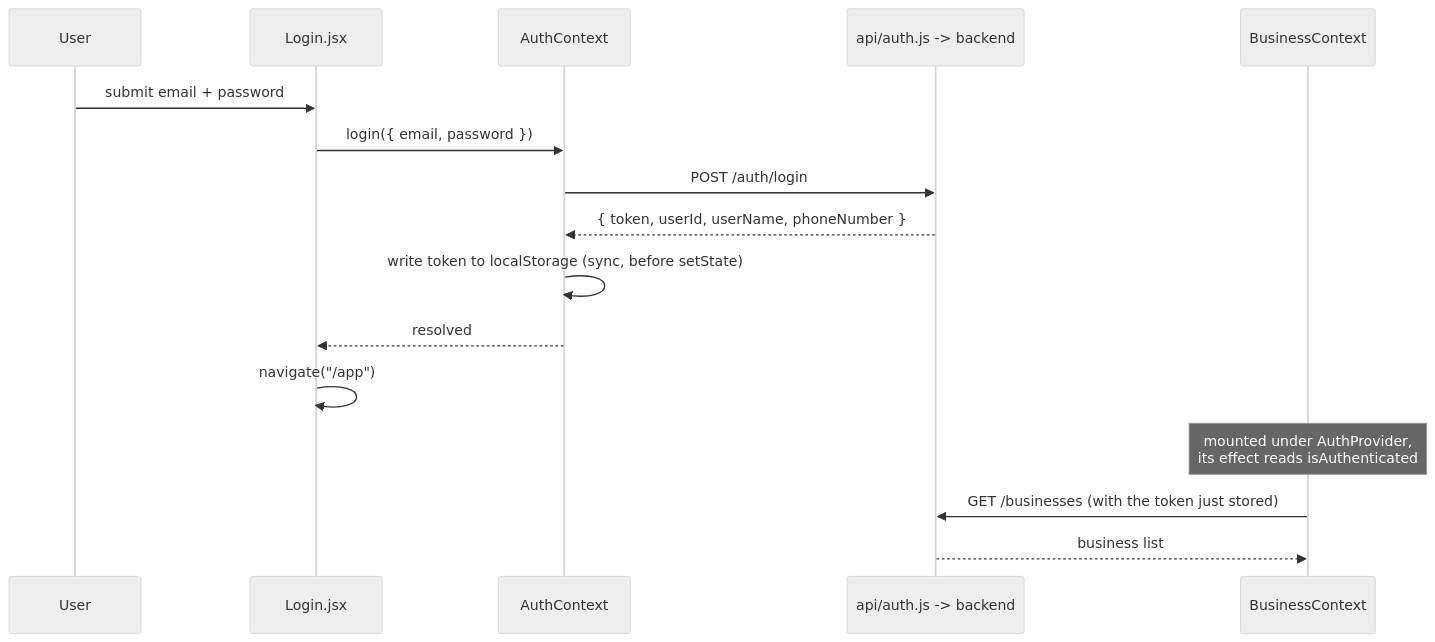
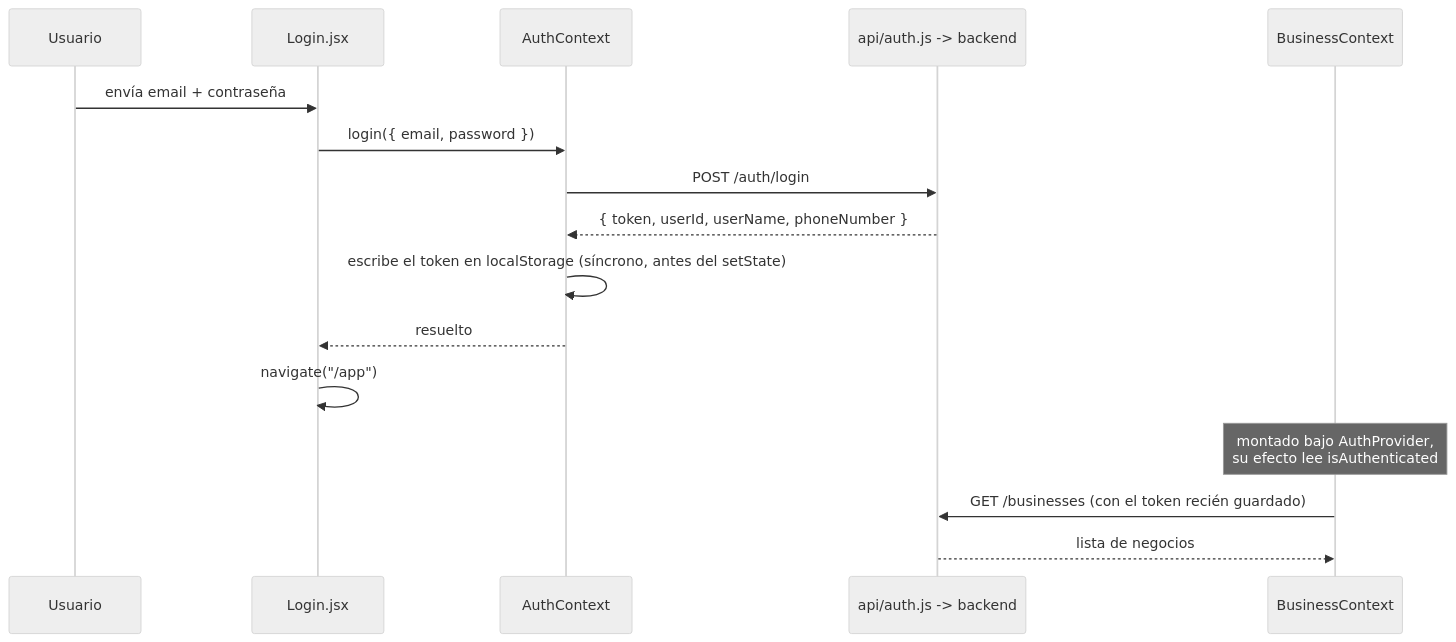
Before and after one commit to Jhonmario8/NegoCore-Frontend: the second of 2 diagrams in README.md, drawn with Mermaid (neutral theme). The commit also changed other lines of this file, not shown here.

````diff
--- a/README.md
+++ b/README.md
@@ -63,19 +65,19 @@
 ```mermaid
 sequenceDiagram
-    participant U as User
+    participant U as Usuario
     participant L as Login.jsx
     participant AC as AuthContext
     participant API as api/auth.js -> backend
     participant BC as BusinessContext
 
-    U->>L: submit email + password
+    U->>L: envía email + contraseña
     L->>AC: login({ email, password })
     AC->>API: POST /auth/login
     API-->>AC: { token, userId, userName, phoneNumber }
-    AC->>AC: write token to localStorage (sync, before setState)
-    AC-->>L: resolved
+    AC->>AC: escribe el token en localStorage (síncrono, antes del setState)
+    AC-->>L: resuelto
     L->>L: navigate("/app")
-    Note over BC: mounted under AuthProvider,<br/>its effect reads isAuthenticated
-    BC->>API: GET /businesses (with the token just stored)
-    API-->>BC: business list
+    Note over BC: montado bajo AuthProvider,<br/>su efecto lee isAuthenticated
+    BC->>API: GET /businesses (con el token recién guardado)
+    API-->>BC: lista de negocios
 ```
````
